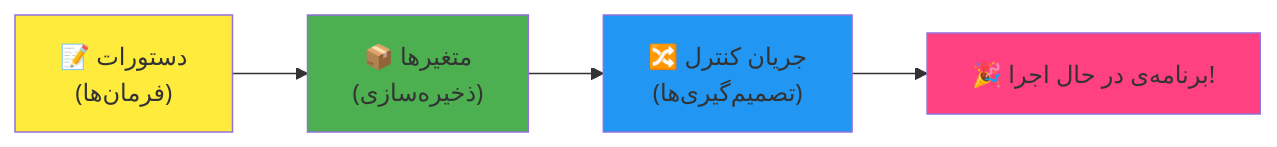
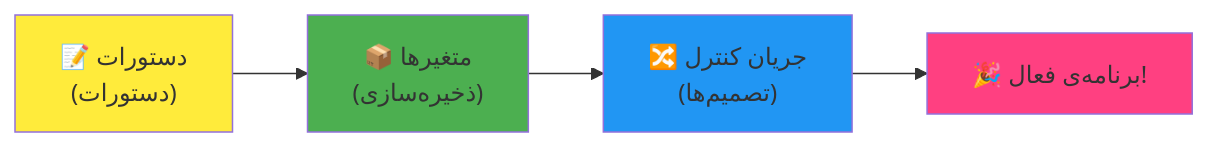
Before and after one commit to microsoft/Web-Dev-For-Beginners: the fourth of 7 diagrams in translations/fa/1-getting-started-lessons/1-intro-to-programming-languages/README.md, drawn with Mermaid. The commit also changed other lines of this file and 11 other files, not shown here.

````diff
--- a/translations/fa/1-getting-started-lessons/1-intro-to-programming-languages/README.md
+++ b/translations/fa/1-getting-started-lessons/1-intro-to-programming-languages/README.md
@@ -465,9 +465,9 @@
 ```mermaid
 flowchart LR
-    A["📝 دستورات<br/>(فرمان‌ها)"] --> B["📦 متغیرها<br/>(ذخیره‌سازی)"] --> C["🔀 جریان کنترل<br/>(تصمیم‌گیری‌ها)"] --> D["🎉 برنامه‌ی در حال اجرا!"]
+    A["📝 دستورات<br/>(دستورات)"] --> B["📦 متغیرها<br/>(ذخیره‌سازی)"] --> C["🔀 جریان کنترل<br/>(تصمیم‌ها)"] --> D["🎉 برنامه‌ی فعال!"]
     
     style A fill:#ffeb3b
     style B fill:#4caf50
     style C fill:#2196f3
     style D fill:#ff4081
 ```  
````
